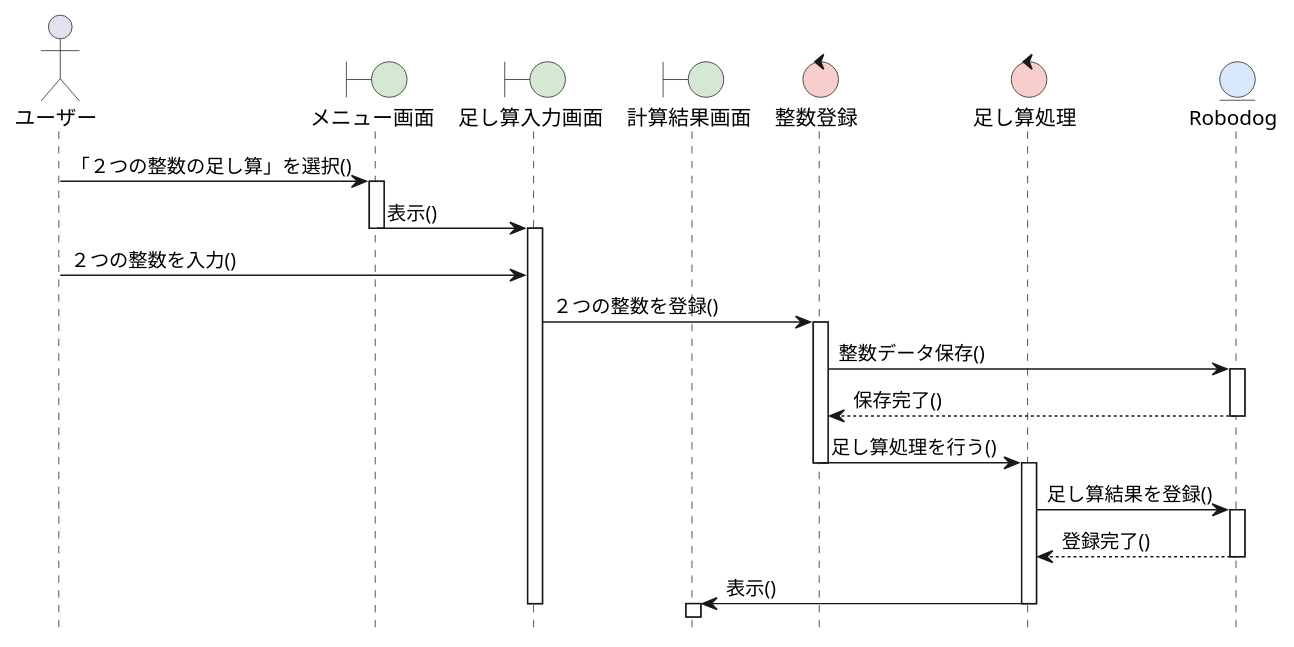
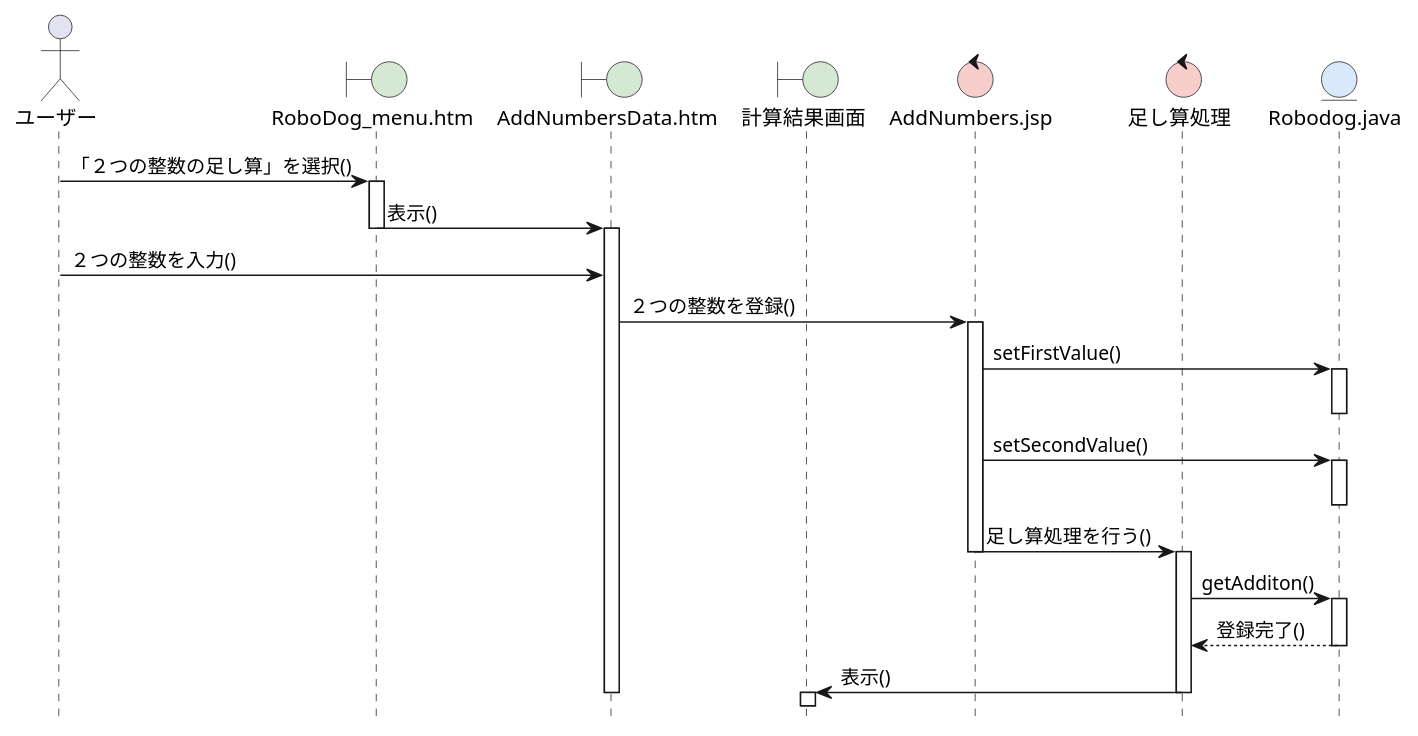
The diagram in 06_robo_dog/sequence_03_addition.pu (sugimoto0804/o-hara_uml), drawn with PlantUML before and after one commit. The commit also changed 1 other file, not shown here.

```diff
--- a/06_robo_dog/sequence_03_addition.pu
+++ b/06_robo_dog/sequence_03_addition.pu
@@ -1,44 +1,47 @@
 @startuml RoboDog-２つの整数の足し算シーケンス図
 hide footbox
 skinparam boundaryBackgroundColor #D5E8D4
 skinparam controlBackgroundColor  #F8CECC
 skinparam entityBackgroundColor   #DAE8FC
 
 actor ユーザー as A
-boundary メニュー画面 as B1
-boundary 足し算入力画面 as B2
+boundary "RoboDog_menu.htm" as B1
+boundary "AddNumbersData.htm" as B2
 boundary 計算結果画面 as B3
-control 整数登録 as C1
+control "AddNumbers.jsp" as C1
 control 足し算処理 as C2
-entity Robodog as E
+entity "Robodog.java" as E
 
 A -> B1: 「２つの整数の足し算」を選択()
 activate B1
 
 B1 -> B2: 表示()
 deactivate B1
 activate B2
 
 A -> B2: ２つの整数を入力()
 
 B2 -> C1: ２つの整数を登録()
 activate C1
-C1 -> E: 整数データ保存()
+C1 -> E: setFirstValue()
 activate E
-E --> C1: 保存完了()
+deactivate E
+
+C1 -> E: setSecondValue()
+activate E
 deactivate E
 
 C1 -> C2: 足し算処理を行う()
 deactivate C1
 activate C2
-C2 -> E: 足し算結果を登録()
+C2 -> E: getAdditon()
 activate E
 E --> C2: 登録完了()
 deactivate E
 
 C2 -> B3: 表示()
 deactivate C2
 deactivate B2
 activate B3
 
 @enduml
```
